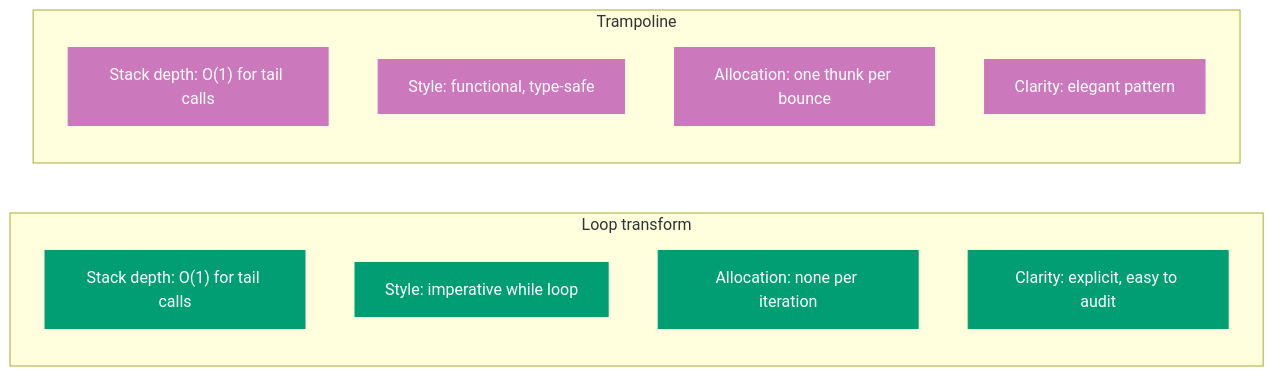
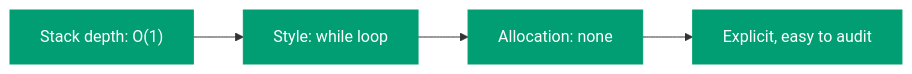
Before and after one commit to wahidyankf/open-sharia-enterprise: diagram 14 of 21 in apps/ayokoding-web/content/en/learn/software-engineering/compilers-and-interpreters/lisp-interpreter-in-fsharp/part-6-tail-call-optimization.md, drawn with Mermaid. The commit also changed other lines of this file and 6 other files, not shown here.

First line of the commit message:
fix(ayokoding-web): fix mermaid parse errors and split comparison diagrams

````diff
--- a/apps/ayokoding-web/content/en/learn/software-engineering/compilers-and-interpreters/lisp-interpreter-in-fsharp/part-6-tail-call-optimization.md
+++ b/apps/ayokoding-web/content/en/learn/software-engineering/compilers-and-interpreters/lisp-interpreter-in-fsharp/part-6-tail-call-optimization.md
@@ -297,23 +290,8 @@
 ```mermaid
 %% Color palette: Blue #0173B2, Orange #DE8F05, Teal #029E73, Purple #CC78BC, Brown #CA9161, Gray #808080
 flowchart LR
-    subgraph LT["Loop transform"]
-        LT1["Stack depth: O(1) for tail calls"]
-        LT2["Style: imperative while loop"]
-        LT3["Allocation: none per iteration"]
-        LT4["Clarity: explicit, easy to audit"]
-    end
-
-    subgraph TR["Trampoline"]
-        TR1["Stack depth: O(1) for tail calls"]
-        TR2["Style: functional, type-safe"]
-        TR3["Allocation: one thunk per bounce"]
-        TR4["Clarity: elegant pattern"]
-    end
+    LT1["Stack depth: O(1)"] --> LT2["Style: while loop"] --> LT3["Allocation: none"] --> LT4["Explicit, easy to audit"]
 
     classDef teal fill:#029E73,color:#fff,stroke:#029E73
-    classDef purple fill:#CC78BC,color:#fff,stroke:#CC78BC
-
     class LT1,LT2,LT3,LT4 teal
-    class TR1,TR2,TR3,TR4 purple
 ```
````
